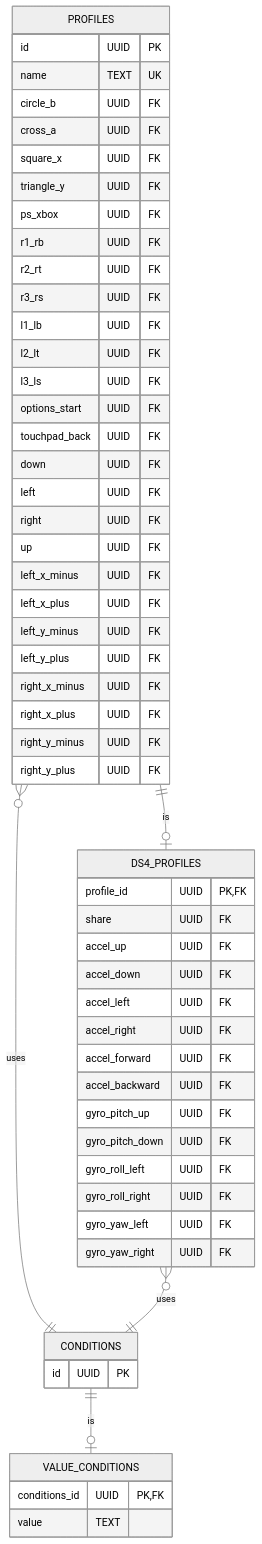
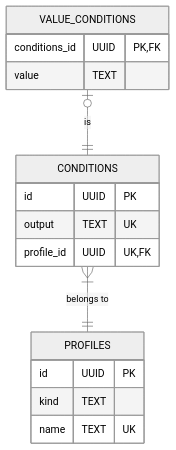
One commit to valentinbersi/NS2Windows changed the diagram in docs/entity-relationship-diagram.md. Above: the diagram before and after it, drawn with Mermaid (neutral theme).

Commit message:
docs: 📜 updated entity-relationship diagram to add new constraints and relationships

````diff
--- a/docs/entity-relationship-diagram.md
+++ b/docs/entity-relationship-diagram.md
@@ -1,63 +1,22 @@
 ```mermaid
 erDiagram
     CONDITIONS {
         id UUID PK
+        output TEXT UK
+        profile_id UUID UK, FK
     }
 
     VALUE_CONDITIONS {
         conditions_id UUID PK, FK
         value TEXT
     }
 
     PROFILES {
         id UUID PK
+        kind TEXT
         name TEXT UK
-        circle_b UUID FK
-        cross_a UUID FK
-        square_x UUID FK
-        triangle_y UUID FK
-        ps_xbox UUID FK
-        r1_rb UUID FK
-        r2_rt UUID FK
-        r3_rs UUID FK
-        l1_lb UUID FK
-        l2_lt UUID FK
-        l3_ls UUID FK
-        options_start UUID FK
-        touchpad_back UUID FK
-        down UUID FK
-        left UUID FK
-        right UUID FK
-        up UUID FK
-        left_x_minus UUID FK
-        left_x_plus UUID FK
-        left_y_minus UUID FK
-        left_y_plus UUID FK
-        right_x_minus UUID FK
-        right_x_plus UUID FK
-        right_y_minus UUID FK
-        right_y_plus UUID FK
     }
 
-    DS4_PROFILES {
-        profile_id UUID PK, FK
-        share UUID FK
-        accel_up UUID FK
-        accel_down UUID FK
-        accel_left UUID FK
-        accel_right UUID FK
-        accel_forward UUID FK
-        accel_backward UUID FK
-        gyro_pitch_up UUID FK
-        gyro_pitch_down UUID FK
-        gyro_roll_left UUID FK
-        gyro_roll_right UUID FK
-        gyro_yaw_left UUID FK
-        gyro_yaw_right UUID FK
-    }
-
-    PROFILES ||--o| DS4_PROFILES: "is"
-    PROFILES }o--|| CONDITIONS: "uses"
-    DS4_PROFILES }o--|| CONDITIONS: "uses"
-    CONDITIONS ||--o| VALUE_CONDITIONS: "is"
+    CONDITIONS }|--|| PROFILES: "belongs to"
+    VALUE_CONDITIONS |o--|| CONDITIONS: "is"
 ```
````
